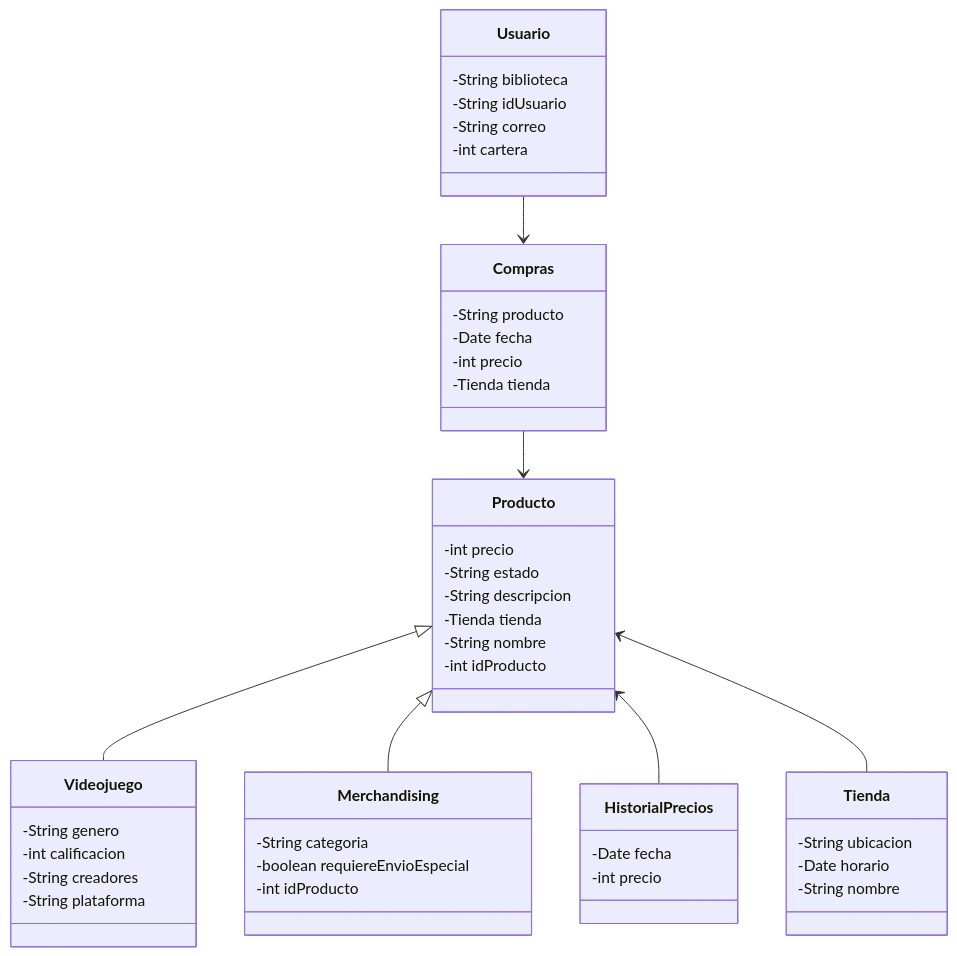
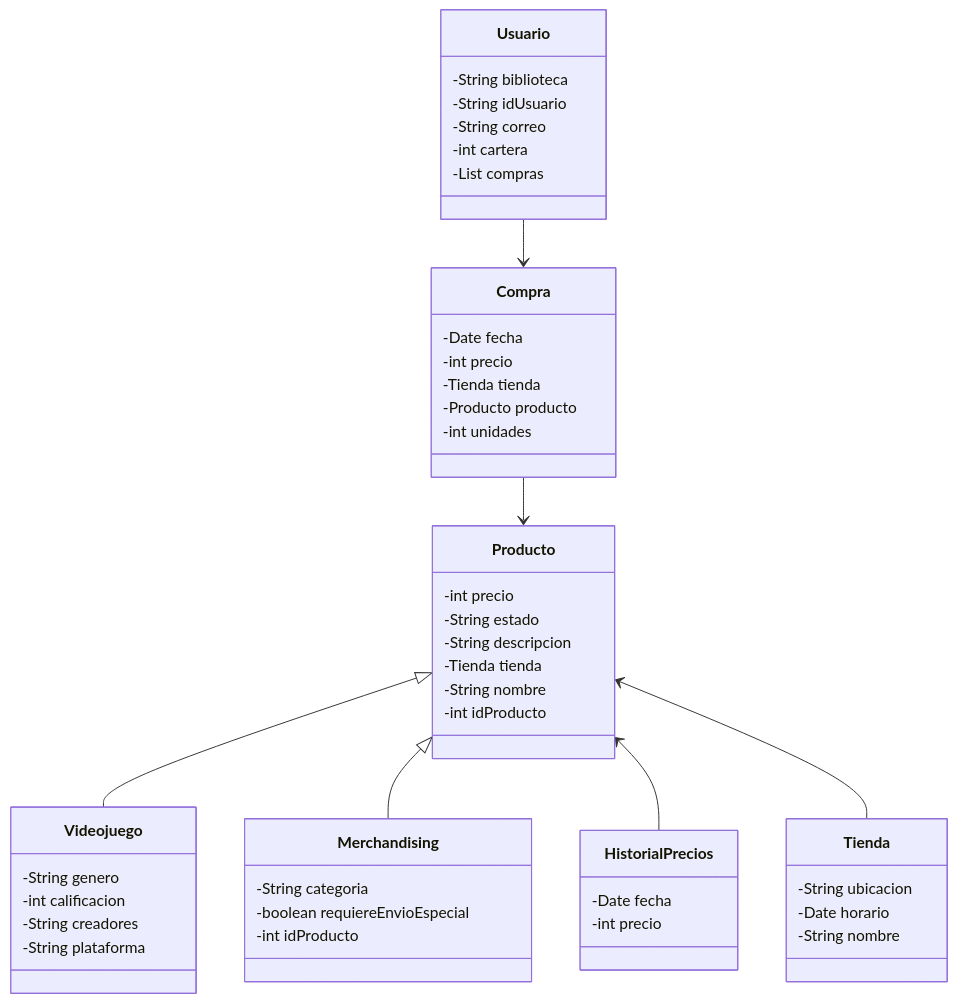
One commit to AlexAPSys32/compraventaapp changed the diagram in doc/diagrama_clases.md. Above: the diagram before and after it, drawn with Mermaid. The commit also changed 3 other files, not shown here.

Commit message:
Subida de diagrama cambio

````diff
--- a/doc/diagrama_clases.md
+++ b/doc/diagrama_clases.md
@@ -1,67 +1,68 @@
 ```mermaid
 classDiagram
 
 Producto <|-- Videojuego
 Producto <|-- Merchandising
 Producto <-- HistorialPrecios
 Producto <-- Tienda
-Usuario --> Compras
-Compras --> Producto
+Usuario --> Compra
+Compra --> Producto
 
 class Producto {
     -int precio
     -String estado
     -String descripcion
     -Tienda tienda
     -String nombre
     -int idProducto
 
 }
 
 class Videojuego {
     -String genero
     -int calificacion
     -String creadores
     -String plataforma
 
 }
 
 class HistorialPrecios {
     -Date fecha
     -int precio
 
 }
 
 class Merchandising {
     -String categoria
     -boolean requiereEnvioEspecial
     -int idProducto
 
 }
 
 class Tienda {
     -String ubicacion
     -Date horario
     -String nombre
 
 }
 
 class Usuario {
     -String biblioteca
     -String idUsuario
     -String correo
     -int cartera
-
+    -List <Compra> compras
 }
 
-class Compras {
-    -String producto
+class Compra {
     -Date fecha
     -int precio
     -Tienda tienda
+    -Producto producto
+    -int unidades
 
 }
 
 
 
 ```
````
